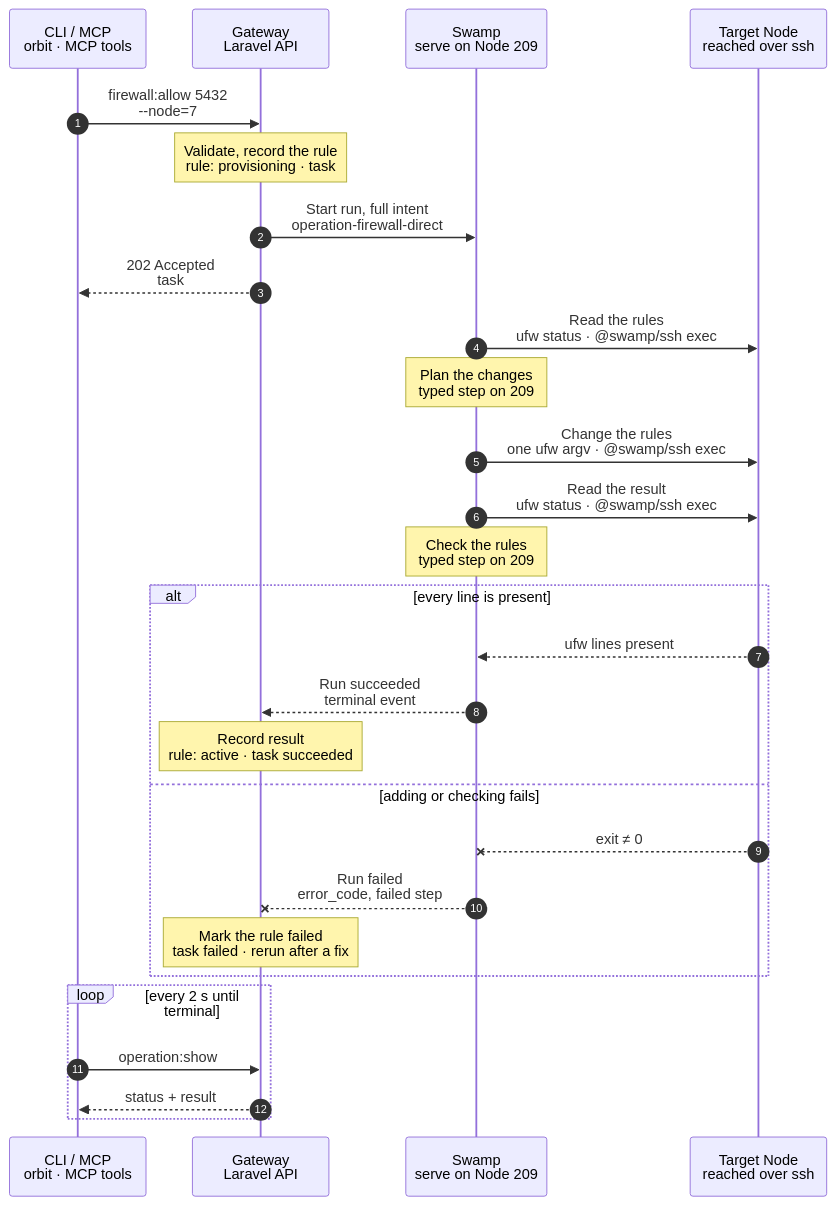
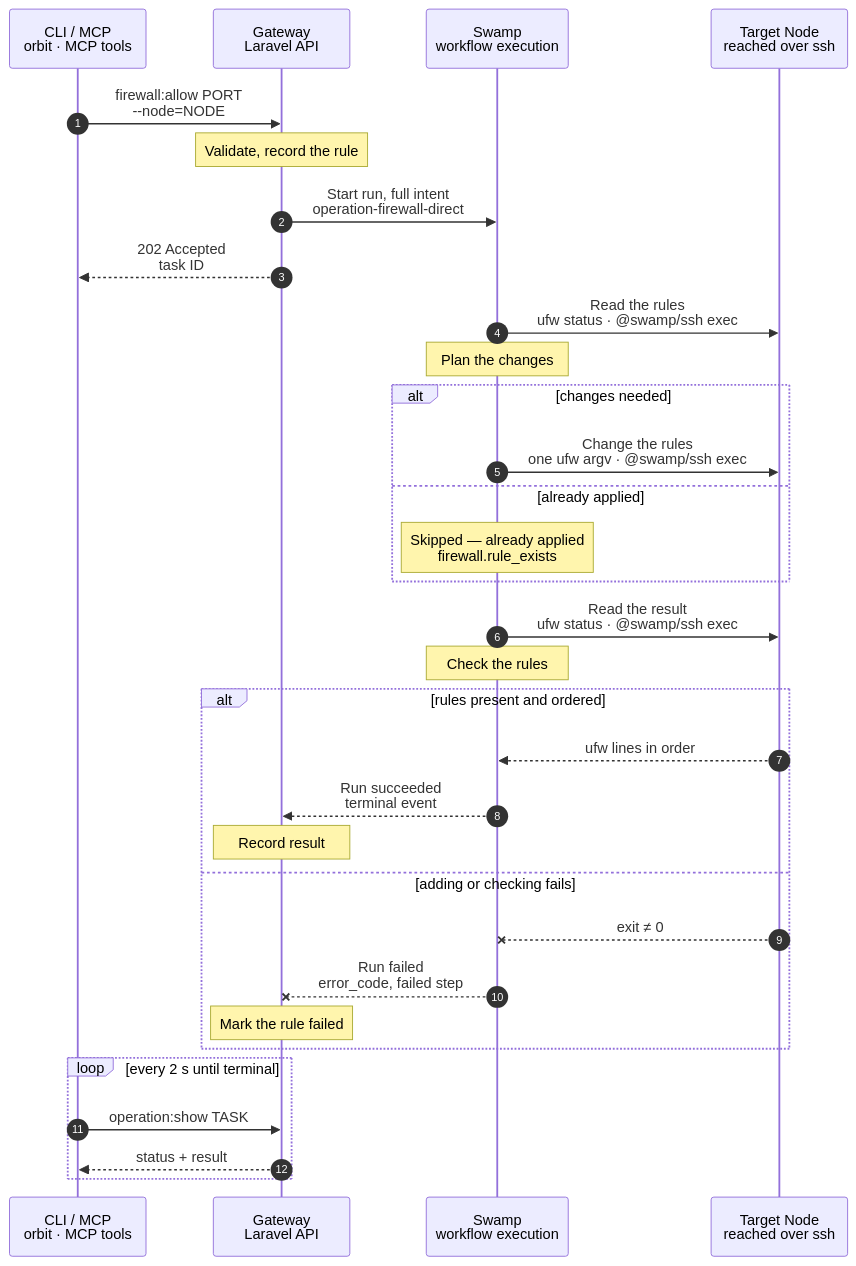
The diagram in docs/cli/firewall/allow.mmd (hardimpactdev/orbit), drawn with Mermaid before and after one commit. The commit also changed 21 other files, not shown here.

Commit message:
Record the agreed firewall allow acceptance contract

```diff
--- a/docs/cli/firewall/allow.mmd
+++ b/docs/cli/firewall/allow.mmd
@@ -1,115 +1,125 @@
 sequenceDiagram
   %% Target design: ADR 0244 task, ADR 0241 allowlists, DECISIONS R1-R4 + 5 (process.stop shape, shared SSH identity).
   %% Tightened: flow-tighten 2026-11-03, rule 22 (no script: one ufw argv per change over @swamp/ssh exec; a typed step plans positions, Lab #4334).
   %% status: reviewed
   %% command: firewall:allow
   %% kind: firewall.allow
   autonumber
   %% lane CLI icon=terminal pill=caller tone=gray
   %% lane GW icon=gateway pill=intent tone=blue
   %% lane SW icon=workflow pill=executes tone=green
   %% lane N icon=server pill=target tone=amber
   participant CLI as CLI / MCP<br/>orbit · MCP tools
   participant GW as Gateway<br/>Laravel API
-  participant SW as Swamp<br/>serve on Node 209
+  participant SW as Swamp<br/>workflow execution
   participant N as Target Node<br/>reached over ssh
-  CLI->>GW: firewall:allow 5432<br/>--node=7
+  CLI->>GW: firewall:allow PORT<br/>--node=NODE
   %%> Command:
-  %%> - `orbit firewall:allow 5432 --node=7`
+  %%> - `orbit firewall:allow PORT --node=NODE`
   %%> - syntax: `<port> --node=ID [--from=SOURCE] [--protocol=tcp|udp] [--label=TEXT]`
   %%> Input:
-  %%> - the port as the argument: a number such as `5432`, or a range such as `8000:8100`
+  %%> - the destination port or port range
   %%> - the Node, and optionally the source address and the protocol
   %%> - optionally a label or short description
   %%> Not accepted:
   %%> - service names such as `postgres` as the port
   %%> Who can call it:
   %%> - the `orbit` CLI and the MCP tool send the same request
-  Note over GW: Validate, record the rule<br/>rule: provisioning · task #5130
+  Note over GW: Validate, record the rule
   %%> Requirements:
-  %%> - your Node has an access grant to Node 7
-  %%> - Node 7 is an active Linux Node
+  %%> - the calling Node has an access grant to the target Node
+  %%> - the target is an active Linux Node
   %%> - the port and source are valid
-  %%> - Node 7 has no rule yet for the same port, protocol and source
   %%> - no opposite rule for the same port, protocol and source; an allow and a deny for exactly the same scope is refused (`firewall.rule_conflict`)
+  %%> - no other firewall change runs on the target; the Gateway holds one lock per Node
   %%> Allowed:
-  %%> - overlapping rules with a different scope, for example deny `5432` from anywhere plus allow `5432` from one IP
-  %%> - no other firewall change runs on Node 7; the Gateway holds one lock per Node
+  %%> - repeat an active or failed allow rule: reuse its record and check the Node in a new task
+  %%> - overlapping rules with a different scope, such as a broad deny with an allow for one source
   %%> Result:
-  %%> - the rule for port 5432 recorded with status provisioning
-  %%> - task #5130 recorded with the full intent
+  %%> - the new or reused rule is recorded with status provisioning
+  %%> - a task is recorded with the full intent
   %%> - nothing has happened on the Node yet
   GW->>SW: Start run, full intent<br/>operation-firewall-direct
   %%> What it does:
-  %%> - starts one Swamp run on serve (Node 209)
+  %%> - starts one Swamp run
   %%> Inputs:
   %%> - the rule as exact ufw lines: port, protocol, source, direction
-  %%> - Node 7's address and SSH host keys; the SSH identity comes from the `swamp` role
-  GW-->>CLI: 202 Accepted<br/>task #5130
+  %%> - the target's address and SSH host keys; the SSH identity comes from the `swamp` role
+  GW-->>CLI: 202 Accepted<br/>task ID
   %%> What you get:
-  %%> - the task number, at once
+  %%> - the task ID, at once
   %%> Next:
   %%> - the CLI follows the task with `operation:show`
   SW->>N: Read the rules<br/>ufw status · @swamp/ssh exec
   %%> How:
-  %%> - Swamp reaches Node 7 over SSH from 209 with the official `@swamp/ssh` behavior
+  %%> - a Swamp worker reaches the target over SSH with the official `@swamp/ssh` behavior
   %%> - refuses an inactive firewall (`firewall.backend_inactive`) before any change
-  Note over SW: Plan the changes<br/>typed step on 209
+  Note over SW: Plan the changes
   %%> What it does:
   %%> - turns ufw's numbered rows into the ufw commands this rule needs, in order
   %%> - an insert position counts the rows as they will be after the earlier commands
+  %%> - plans no changes when every expected line already exists in the correct position
   %%> Order:
   %%> - narrower rules go above broader ones, allow or deny, so an exception such as one IP wins over a rule for anywhere
   %%> - ufw stops at the first match, so Orbit sets this order on every change
   %%> - all operator rules sit above Orbit's own broad rules, such as WireGuard peer trust, so a deny on a port also applies to WireGuard peers
   %%> Why typed, not cfgmgmt:
   %%> - `@swamp/cfgmgmt/firewall` cannot insert at a position (Lab #4334) or name a port range
-  SW->>N: Change the rules<br/>one ufw argv · @swamp/ssh exec
-  %%> What it does:
-  %%> - adds one ufw allow line per port, protocol and family, commented with its label
-  %%> - inserts each line at the position the plan names; an existing identical, well-placed line is left as it is
-  %%> - moves a line that sits in the wrong place: deletes it, then inserts it again
-  %%> - runs the planned commands one at a time; nothing is copied to the Node
+  alt changes needed
+    SW->>N: Change the rules<br/>one ufw argv · @swamp/ssh exec
+    %%> What it does:
+    %%> - adds one ufw allow line per port, protocol and family, commented with its label
+    %%> - inserts each line at the position the plan names; an existing identical, well-placed line is left as it is
+    %%> - moves a line that sits in the wrong place: deletes it, then inserts it again
+    %%> - runs the planned commands one at a time; nothing is copied to the Node
+  else already applied
+    Note over SW: Skipped — already applied<br/>firewall.rule_exists
+    %%> Result:
+    %%> - the plan contains no changes
+    %%> - the final read and check still run before the task can succeed
+  end
   SW->>N: Read the result<br/>ufw status · @swamp/ssh exec
-  Note over SW: Check the rules<br/>typed step on 209
+  Note over SW: Check the rules
   %%> What it does:
   %%> - checks every expected line is present, in narrow-first order
   %%> - prints the public result; a line that ufw changed in between fails the check, and a rerun repairs it
   %%> Why:
   %%> - the rule only counts as active when ufw shows it
-  alt every line is present
-    N-->>SW: ufw lines present
+  alt rules present and ordered
+    N-->>SW: ufw lines in order
     %%> Returns:
-    %%> - the check passed for every line
+    %%> - the check passed for every line and its narrow-first order
     SW-->>GW: Run succeeded<br/>terminal event
     %%> How the Gateway learns it:
     %%> - its shared run reader sees the terminal event; Swamp never calls the Gateway
-    Note over GW: Record result<br/>rule: active · task succeeded
+    Note over GW: Record result
     %%> Result:
-    %%> - the rule for port 5432 becomes active
-    %%> - task #5130 succeeds
+    %%> - the rule becomes active
+    %%> - the task succeeds
+    %%> - if no changes were needed, reports `Skipped — already applied (firewall.rule_exists)`
+    %%> - the skip reason is part of the successful result in human and machine output, not an error
   else adding or checking fails
     N--xSW: exit ≠ 0
     %%> When:
     %%> - ufw refuses the line, SSH fails, or a line is missing after the add
     SW--xGW: Run failed<br/>error_code, failed step
     %%> The Gateway reads:
     %%> - which step failed and its error code
-    Note over GW: Mark the rule failed<br/>task failed · rerun after a fix
+    Note over GW: Mark the rule failed
     %%> Result:
-    %%> - the rule for port 5432 is marked failed, so you can see it
-    %%> - task #5130 fails
+    %%> - the rule is marked failed, so you can see it
+    %%> - the task fails
     %%> On the Node:
     %%> - lines added before the failure stay; there is no rollback
     %%> - that is safe: the rule is marked failed, and a rerun skips lines that already exist
     %%> Retry:
     %%> - run the same command again after fixing the cause; it is a new task
   end
   loop every 2 s until terminal
-    CLI->>GW: operation:show #5130
+    CLI->>GW: operation:show TASK
     %%> What it does:
     %%> - asks for the task's status every 2 seconds until it has ended
     GW-->>CLI: status + result
     %%> Returns:
     %%> - the current status, and the result once the task has ended
   end
```
